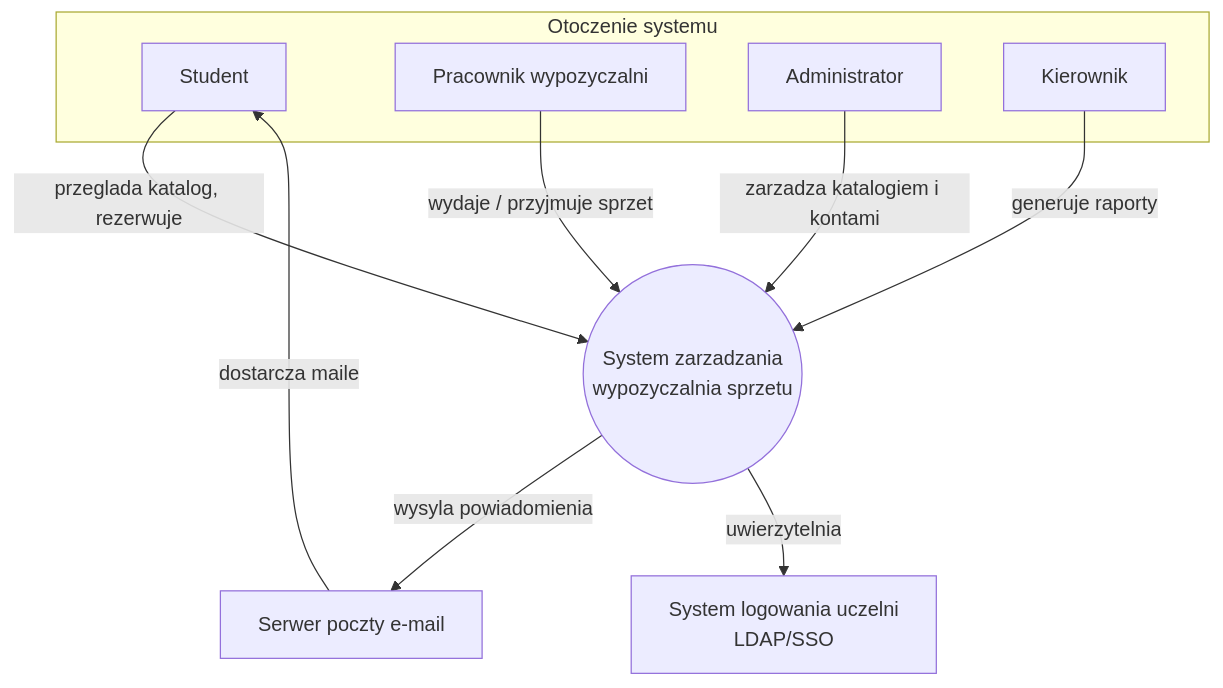
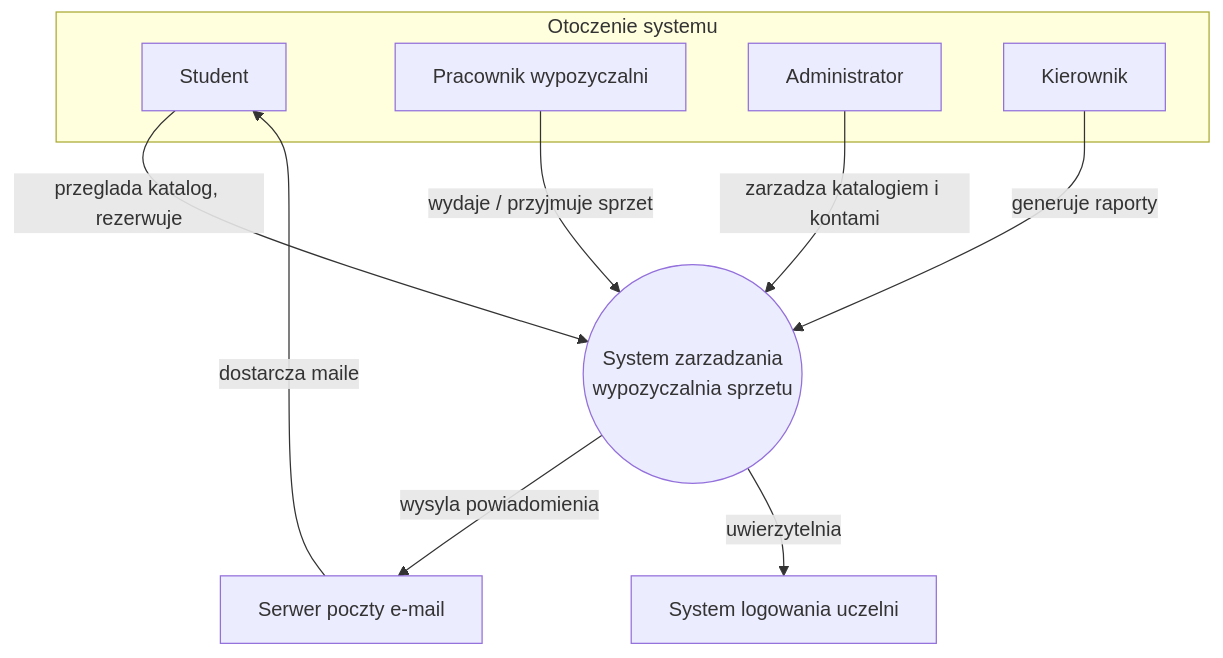
Before and after one commit to artkowal/TMP-student-gear-rental: the first of 2 diagrams in docs/01-kontekst-interesariusze.md, drawn with Mermaid. The commit also changed other lines of this file, not shown here.

````diff
--- a/docs/01-kontekst-interesariusze.md
+++ b/docs/01-kontekst-interesariusze.md
@@ -44,23 +44,23 @@
 ```mermaid
 flowchart TB
     subgraph EXT[Otoczenie systemu]
         STUD[Student]
         PRAC[Pracownik wypozyczalni]
         ADMIN[Administrator]
         KIER[Kierownik]
     end
 
     SYS((System zarzadzania<br/>wypozyczalnia sprzetu))
 
     MAIL[Serwer poczty e-mail]
-    LDAP[System logowania uczelni<br/>LDAP/SSO]
+    LDAP[System logowania uczelni]
 
     STUD -->|przeglada katalog, rezerwuje| SYS
     PRAC -->|wydaje / przyjmuje sprzet| SYS
     ADMIN -->|zarzadza katalogiem i kontami| SYS
     KIER -->|generuje raporty| SYS
 
     SYS -->|wysyla powiadomienia| MAIL
     SYS -->|uwierzytelnia| LDAP
     MAIL -->|dostarcza maile| STUD
 ```
````
